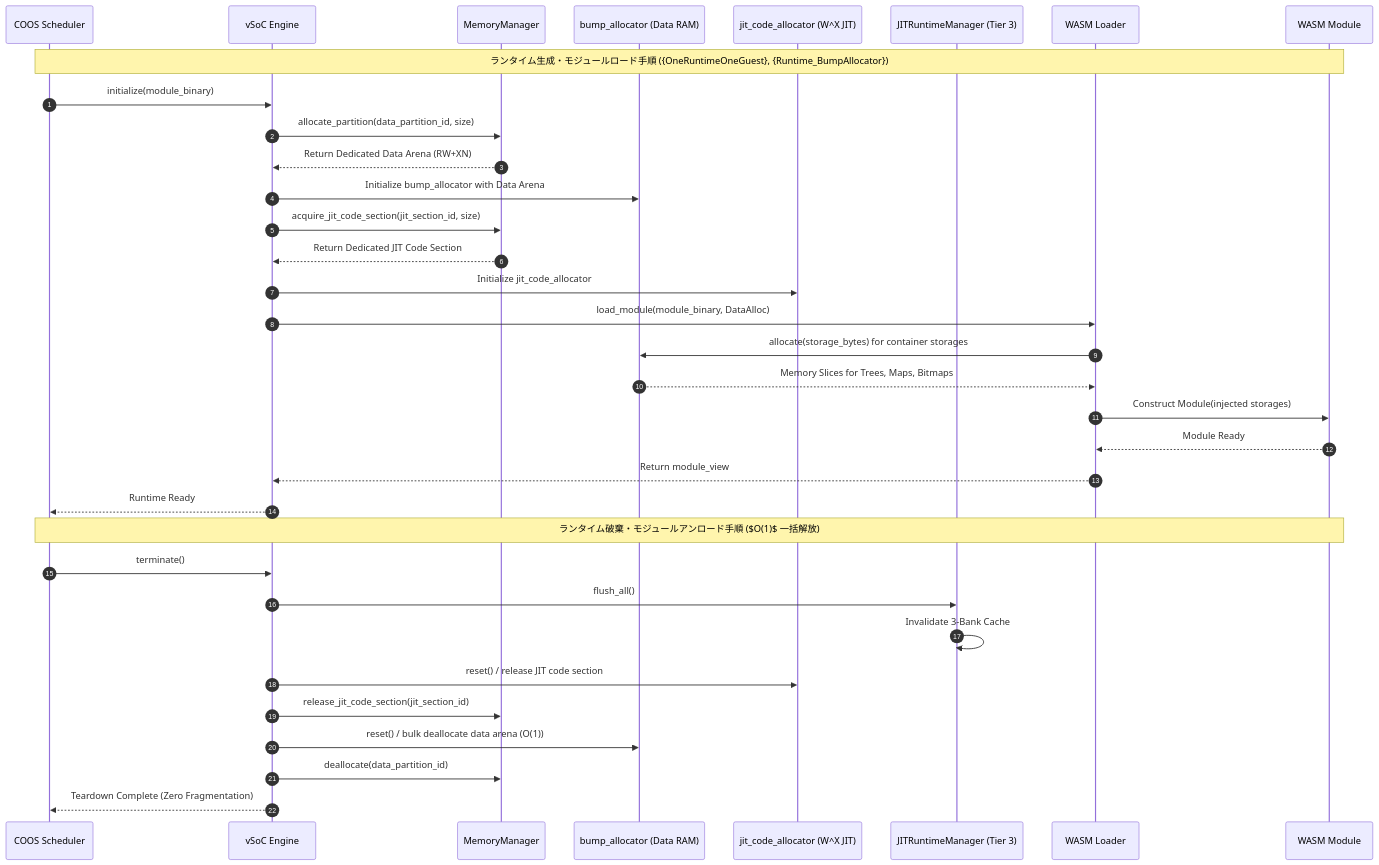
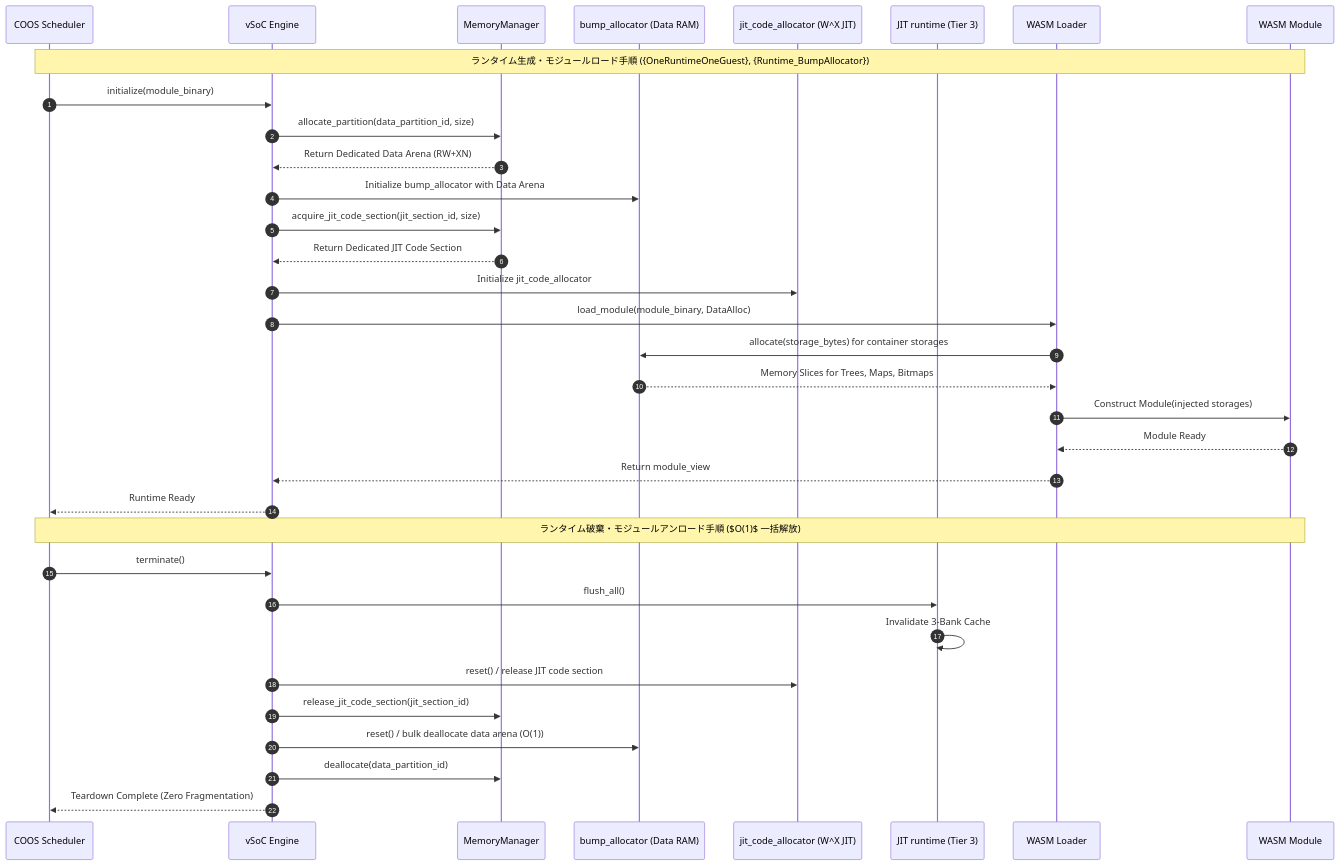
The second of 6 diagrams in docs/components/tier2_runtime/runtime_vsoc.md (kmt-t/fireball), drawn with Mermaid before and after one commit. The commit also changed other lines of this file and 19 other files, not shown here.

````diff
--- a/docs/components/tier2_runtime/runtime_vsoc.md
+++ b/docs/components/tier2_runtime/runtime_vsoc.md
@@ -154,38 +154,38 @@
 ```mermaid
 sequenceDiagram
     autonumber
     participant Sched as COOS Scheduler
     participant vSoC as vSoC Engine
     participant Mem as MemoryManager
     participant DataAlloc as bump_allocator (Data RAM)
     participant JitAlloc as jit_code_allocator (W^X JIT)
-    participant JitRuntime as JITRuntimeManager (Tier 3)
+    participant JitRuntime as JIT runtime (Tier 3)
     participant Loader as WASM Loader
     participant Mod as WASM Module
 
     Note over Sched,Mod: ランタイム生成・モジュールロード手順 ({OneRuntimeOneGuest}, {Runtime_BumpAllocator})
     Sched->>vSoC: initialize(module_binary)
     vSoC->>Mem: allocate_partition(data_partition_id, size)
     Mem-->>vSoC: Return Dedicated Data Arena (RW+XN)
     vSoC->>DataAlloc: Initialize bump_allocator with Data Arena
     vSoC->>Mem: acquire_jit_code_section(jit_section_id, size)
     Mem-->>vSoC: Return Dedicated JIT Code Section
     vSoC->>JitAlloc: Initialize jit_code_allocator
     vSoC->>Loader: load_module(module_binary, DataAlloc)
     Loader->>DataAlloc: allocate(storage_bytes) for container storages
     DataAlloc-->>Loader: Memory Slices for Trees, Maps, Bitmaps
     Loader->>Mod: Construct Module(injected storages)
     Mod-->>Loader: Module Ready
     Loader-->>vSoC: Return module_view
     vSoC-->>Sched: Runtime Ready
 
     Note over Sched,Mod: ランタイム破棄・モジュールアンロード手順 ($O(1)$ 一括解放)
     Sched->>vSoC: terminate()
     vSoC->>JitRuntime: flush_all()
     JitRuntime->>JitRuntime: Invalidate 3-Bank Cache
     vSoC->>JitAlloc: reset() / release JIT code section
     vSoC->>Mem: release_jit_code_section(jit_section_id)
     vSoC->>DataAlloc: reset() / bulk deallocate data arena (O(1))
     vSoC->>Mem: deallocate(data_partition_id)
     vSoC-->>Sched: Teardown Complete (Zero Fragmentation)
 ```
````
